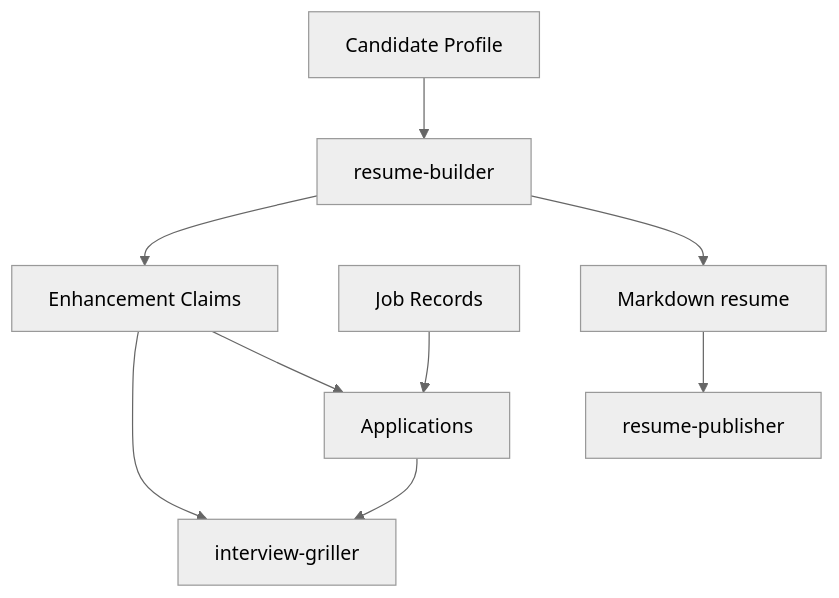
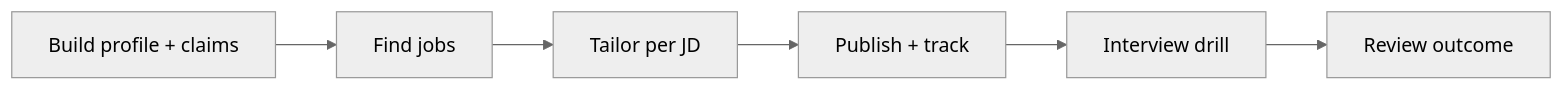
One commit to yu20120707/ai-career-toolkit changed the diagram in README.md. Above: the diagram before and after it, drawn with Mermaid (neutral theme). The commit also changed other lines of this file and 23 other files, not shown here.

````diff
--- a/README.md
+++ b/README.md
@@ -9,11 +7,8 @@
 ```mermaid
-flowchart TD
-  P[Candidate Profile] --> B[resume-builder]
-  B --> C[Enhancement Claims]
-  C --> I[interview-griller]
-  J[Job Records] --> A[Applications]
-  C --> A
-  A --> I
-  B --> R[Markdown resume]
-  R --> U[resume-publisher]
+flowchart LR
+  B[Build profile + claims] --> J[Find jobs]
+  J --> T[Tailor per JD]
+  T --> P[Publish + track]
+  P --> I[Interview drill]
+  I --> O[Review outcome]
 ```
````
